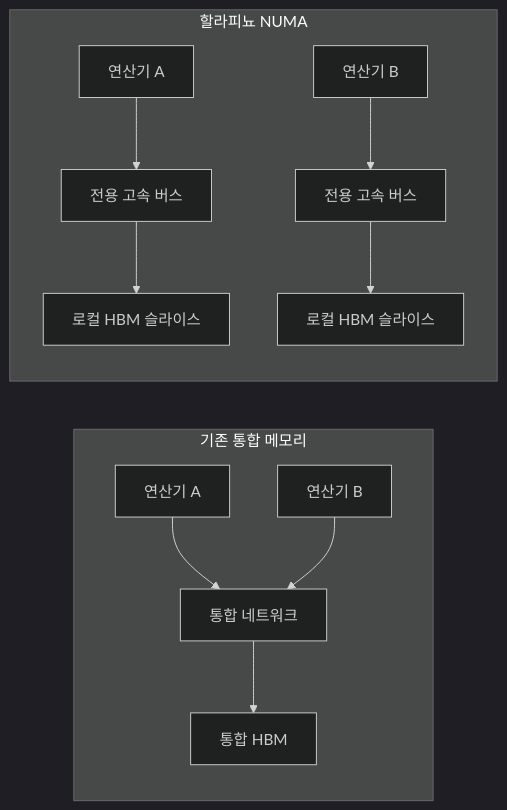
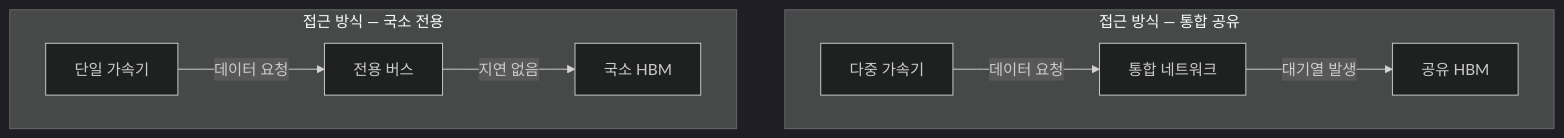
The diagram in insights/frames/2026-08-27-openai-jalapeno-tech.md (yohan4477/semi-report), drawn with Mermaid (dark theme) before and after one commit. The commit also changed other lines of this file and 5 other files, not shown here.

````diff
--- a/insights/frames/2026-08-27-openai-jalapeno-tech.md
+++ b/insights/frames/2026-08-27-openai-jalapeno-tech.md
@@ -26,16 +56,13 @@
 ```mermaid
-flowchart LR
-    subgraph 기존 통합 메모리
-        A1[연산기 A] --> C1[통합 네트워크]
-        A2[연산기 B] --> C1
-        C1 --> D1[통합 HBM]
-    end
+flowchart TD
+  subgraph "접근 방식 — 통합 공유"
+    A1[다중 가속기] -->|데이터 요청| A2[통합 네트워크]
+    A2 -->|대기열 발생| A3[공유 HBM]
+  end
 
-    subgraph 할라피뇨 NUMA
-        A3[연산기 A] --> B3[전용 고속 버스]
-        B3 --> C3[로컬 HBM 슬라이스]
-        A4[연산기 B] --> B4[전용 고속 버스]
-        B4 --> C4[로컬 HBM 슬라이스]
-    end
+  subgraph "접근 방식 — 국소 전용"
+    B1[단일 가속기] -->|데이터 요청| B2[전용 버스]
+    B2 -->|지연 없음| B3[국소 HBM]
+  end
 
 ```
````
